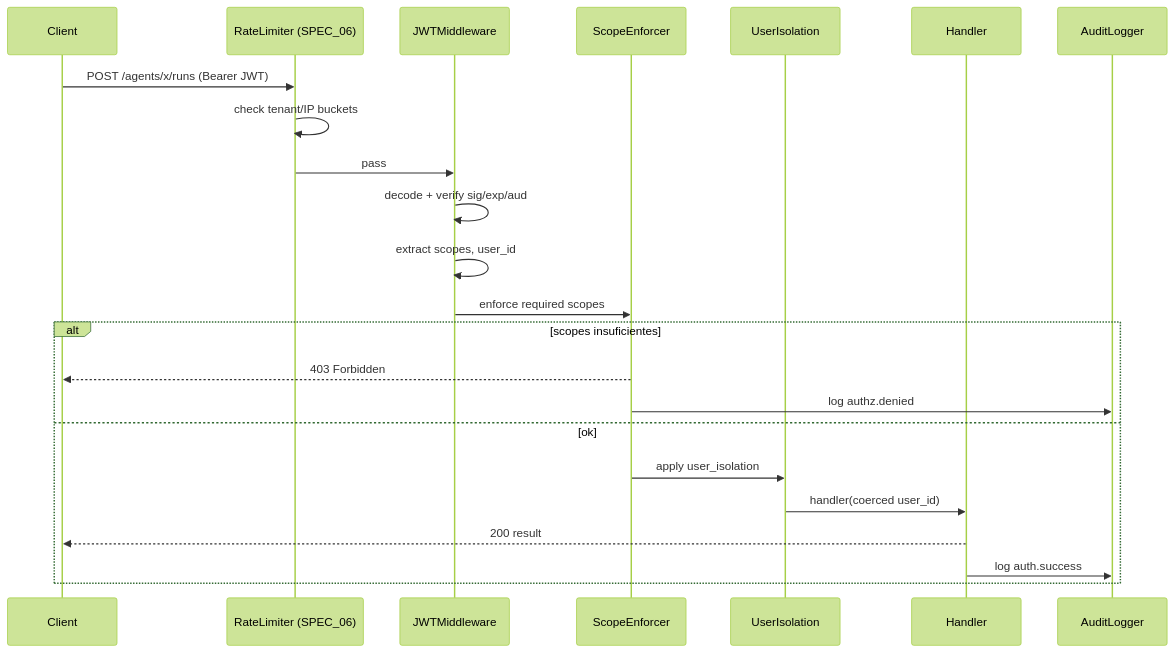
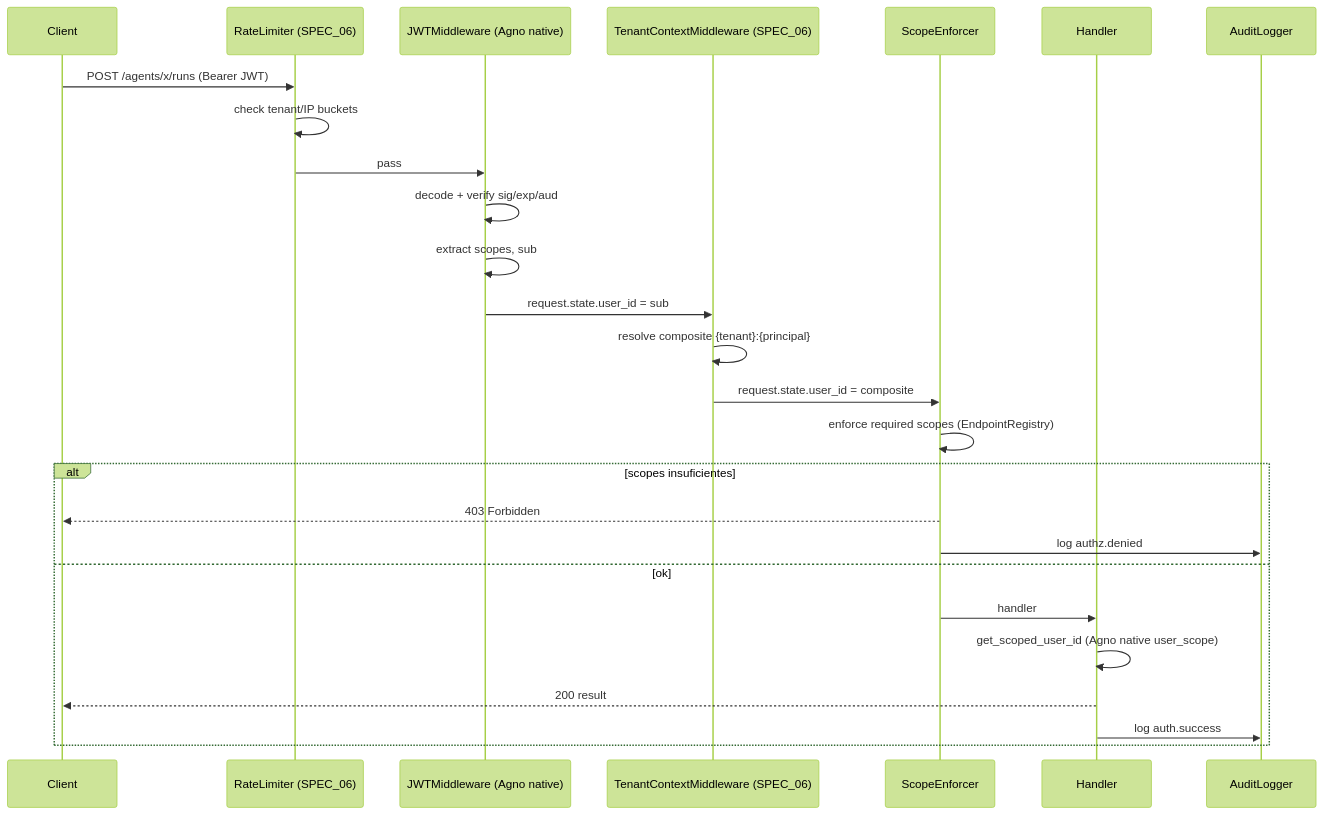
One commit to CENFARG/yaml-agno changed the diagram in specs/SPEC_19_SECURITY_AUTH_API_SURFACE.md. Above: the diagram before and after it, drawn with Mermaid (forest theme). The commit also changed other lines of this file, not shown here.

First line of the commit message:
spec(19): deep review — fix JWTMiddleware app arg, native user_isolation

````diff
--- a/specs/SPEC_19_SECURITY_AUTH_API_SURFACE.md
+++ b/specs/SPEC_19_SECURITY_AUTH_API_SURFACE.md
@@ -1033,26 +1078,29 @@
 ```mermaid
 sequenceDiagram
     participant C as Client
     participant R as RateLimiter (SPEC_06)
-    participant J as JWTMiddleware
+    participant J as JWTMiddleware (Agno native)
+    participant T as TenantContextMiddleware (SPEC_06)
     participant E as ScopeEnforcer
-    participant I as UserIsolation
     participant H as Handler
     participant A as AuditLogger
 
     C->>R: POST /agents/x/runs (Bearer JWT)
     R->>R: check tenant/IP buckets
     R->>J: pass
     J->>J: decode + verify sig/exp/aud
-    J->>J: extract scopes, user_id
-    J->>E: enforce required scopes
+    J->>J: extract scopes, sub
+    J->>T: request.state.user_id = sub
+    T->>T: resolve composite {tenant}:{principal}
+    T->>E: request.state.user_id = composite
+    E->>E: enforce required scopes (EndpointRegistry)
     alt scopes insuficientes
         E-->>C: 403 Forbidden
         E->>A: log authz.denied
     else ok
-        E->>I: apply user_isolation
-        I->>H: handler(coerced user_id)
+        E->>H: handler
+        H->>H: get_scoped_user_id (Agno native user_scope)
         H-->>C: 200 result
         H->>A: log auth.success
     end
 ```
````
